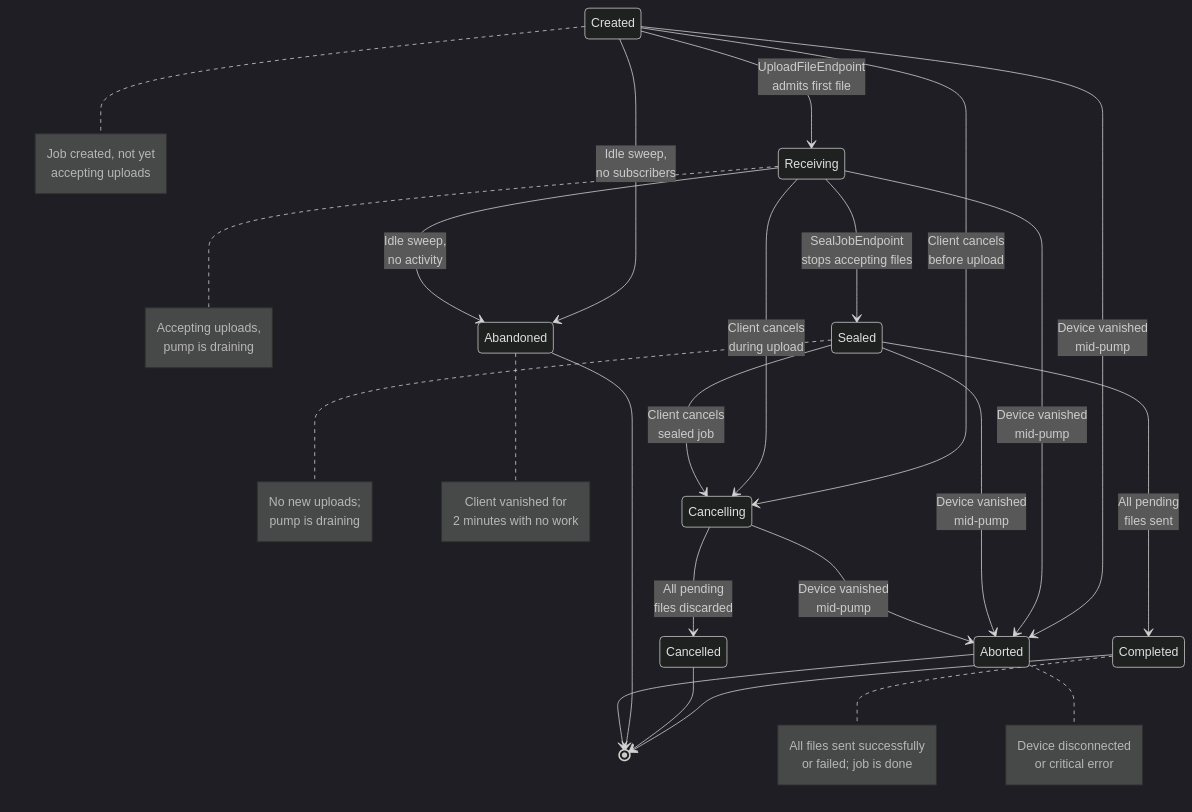
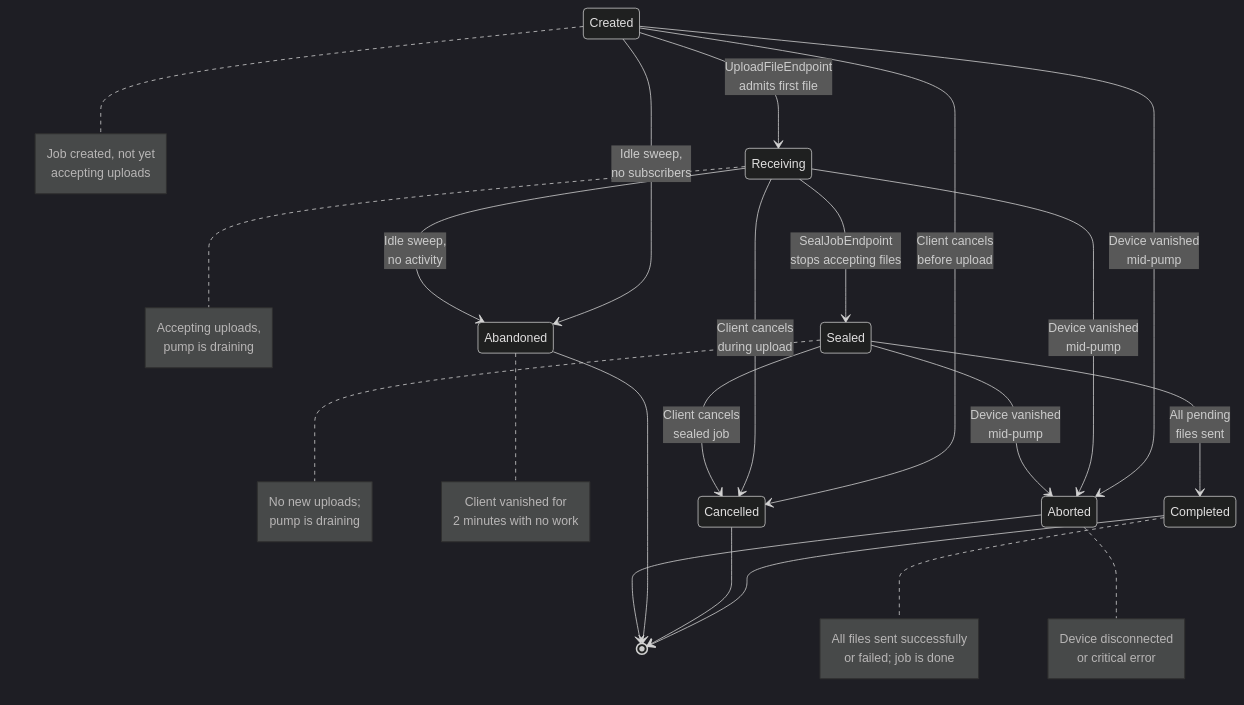
Before and after one commit to MetalHexx/TeensyROM-Web: the second of 2 diagrams in src/.claude/skills/backend-architecture/references/FILE_TRANSFER.md, drawn with Mermaid. The commit also changed other lines of this file and 189 other files, not shown here.

````diff
--- a/src/.claude/skills/backend-architecture/references/FILE_TRANSFER.md
+++ b/src/.claude/skills/backend-architecture/references/FILE_TRANSFER.md
@@ -64,50 +88,47 @@
 ```mermaid
 %%{init: {'theme': 'dark', 'primaryColor': '#5a2c6b', 'primaryBorderColor': '#7d3fa3', 'primaryTextColor': '#fff', 'secondaryColor': '#0066cc', 'secondaryBorderColor': '#0052a3', 'tertiaryColor': '#2d7a3e', 'tertiaryBorderColor': '#1f5a2e', 'lineColor': '#b3b3b3', 'tertiaryTextColor': '#fff'}}%%
 stateDiagram-v2
     Created --> Receiving: UploadFileEndpoint<br/>admits first file
-    Created --> Cancelling: Client cancels<br/>before upload
+    Created --> Cancelled: Client cancels<br/>before upload
     Created --> Abandoned: Idle sweep,<br/>no subscribers
     Created --> Aborted: Device vanished<br/>mid-pump
     
     Receiving --> Sealed: SealJobEndpoint<br/>stops accepting files
-    Receiving --> Cancelling: Client cancels<br/>during upload
+    Receiving --> Cancelled: Client cancels<br/>during upload
     Receiving --> Abandoned: Idle sweep,<br/>no activity
     Receiving --> Aborted: Device vanished<br/>mid-pump
     
     Sealed --> Completed: All pending<br/>files sent
-    Sealed --> Cancelling: Client cancels<br/>sealed job
+    Sealed --> Cancelled: Client cancels<br/>sealed job
     Sealed --> Aborted: Device vanished<br/>mid-pump
-    
-    Cancelling --> Cancelled: All pending<br/>files discarded
-    Cancelling --> Aborted: Device vanished<br/>mid-pump
     
     Completed --> [*]
     Cancelled --> [*]
     Abandoned --> [*]
     Aborted --> [*]
     
     note right of Created
         Job created, not yet
         accepting uploads
     end note
     note right of Receiving
         Accepting uploads,
         pump is draining
     end note
     note right of Sealed
         No new uploads;
         pump is draining
     end note
     note right of Completed
         All files sent successfully
         or failed; job is done
     end note
     note right of Abandoned
         Client vanished for
         2 minutes with no work
     end note
     note right of Aborted
         Device disconnected
         or critical error
     end note
 ```
````
